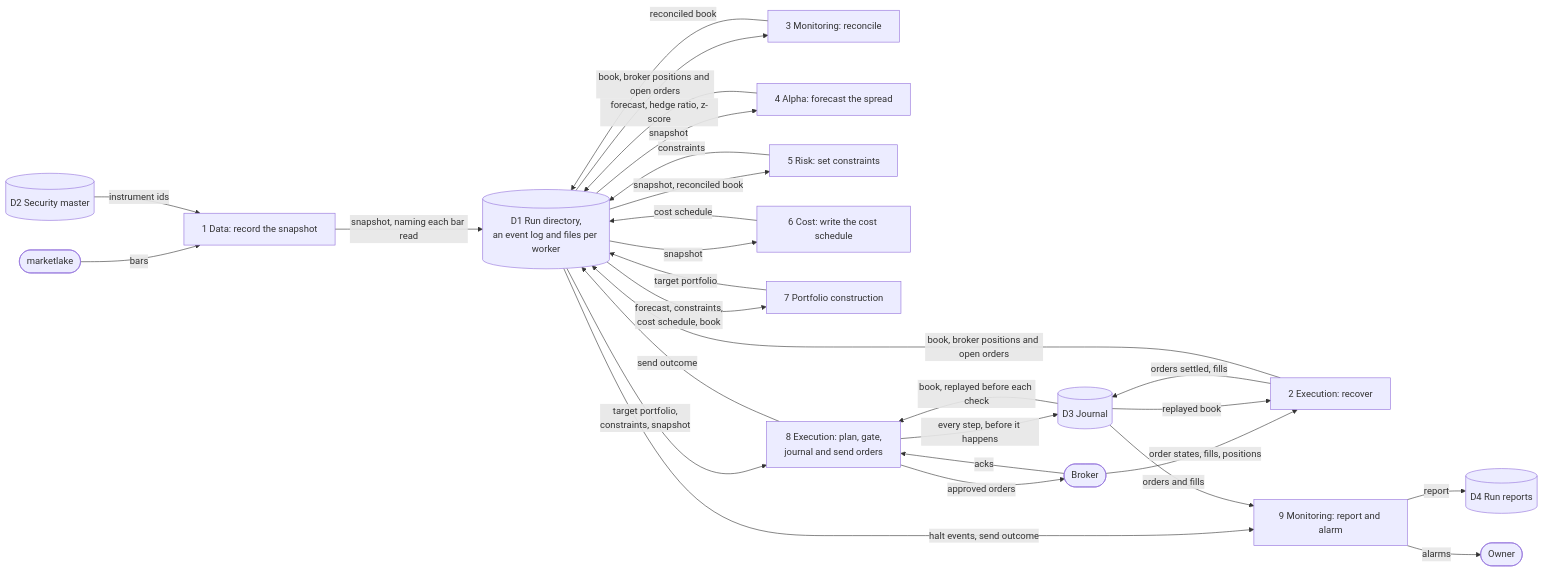
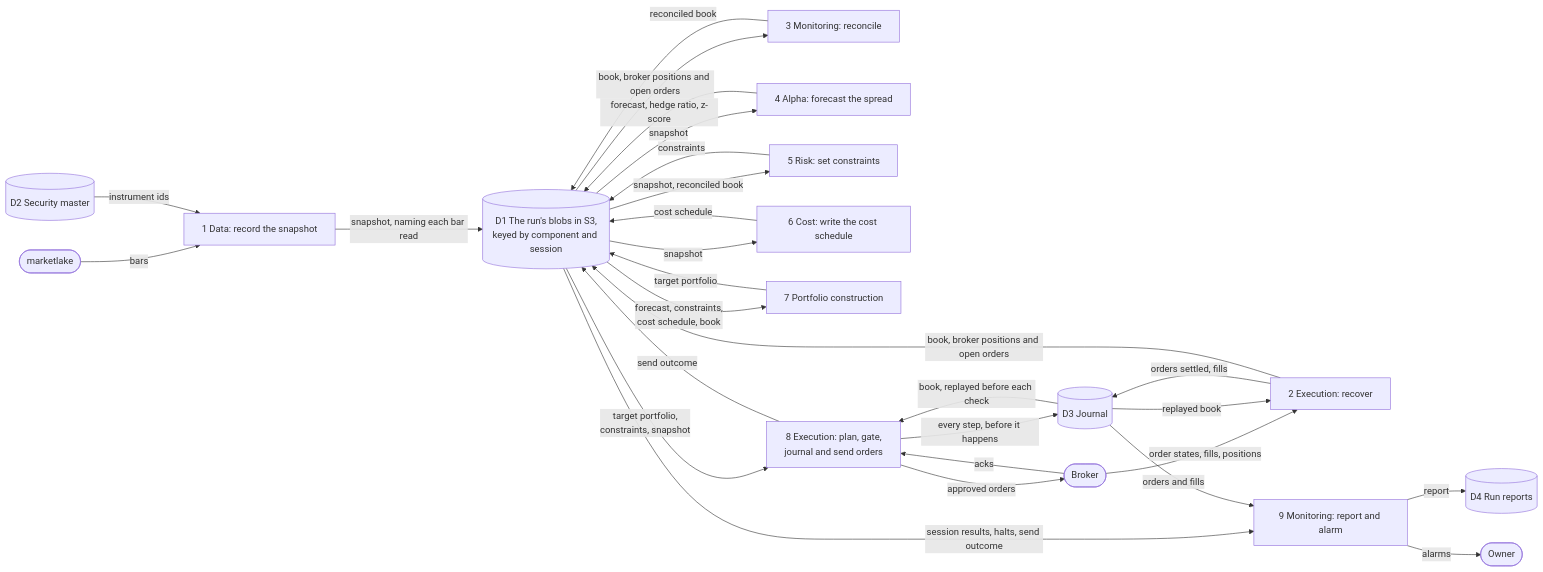
Before and after one commit to l3a0/ithildin-runtime: the third of 16 diagrams in docs/architecture.md, drawn with Mermaid. The commit also changed other lines of this file and 1 other file, not shown here.

````diff
--- a/docs/architecture.md
+++ b/docs/architecture.md
@@ -376,49 +372,49 @@
 ```mermaid
 flowchart LR
     vendor(["marketlake"])
     brokerx(["Broker"])
     ownerx(["Owner"])
 
     p1["1 Data: record the snapshot"]
     p2["2 Execution: recover"]
     p3["3 Monitoring: reconcile"]
     p4["4 Alpha: forecast the spread"]
     p5["5 Risk: set constraints"]
     p6["6 Cost: write the cost schedule"]
     p7["7 Portfolio construction"]
     p8["8 Execution: plan, gate,<br/>journal and send orders"]
     p9["9 Monitoring: report and alarm"]
 
-    d1[("D1 Run directory,<br/>an event log and files per worker")]
+    d1[("D1 The run's blobs in S3,<br/>keyed by component and session")]
     d2[("D2 Security master")]
     d3[("D3 Journal")]
     d4[("D4 Run reports")]
 
     vendor -->|"bars"| p1
     d2 -->|"instrument ids"| p1
     p1 -->|"snapshot, naming each bar read"| d1
     brokerx -->|"order states, fills, positions"| p2
     p2 -->|"orders settled, fills"| d3
     d3 -->|"replayed book"| p2
     p2 -->|"book, broker positions and open orders"| d1
     d1 -->|"book, broker positions and open orders"| p3
     p3 -->|"reconciled book"| d1
     d1 -->|"snapshot"| p4
     p4 -->|"forecast, hedge ratio, z-score"| d1
     d1 -->|"snapshot, reconciled book"| p5
     p5 -->|"constraints"| d1
     d1 -->|"snapshot"| p6
     p6 -->|"cost schedule"| d1
     d1 -->|"forecast, constraints,<br/>cost schedule, book"| p7
     p7 -->|"target portfolio"| d1
     d1 -->|"target portfolio,<br/>constraints, snapshot"| p8
     d3 -->|"book, replayed before each check"| p8
     p8 -->|"every step, before it happens"| d3
     p8 -->|"approved orders"| brokerx
     brokerx -->|"acks"| p8
     p8 -->|"send outcome"| d1
-    d1 -->|"halt events, send outcome"| p9
+    d1 -->|"session results, halts, send outcome"| p9
     d3 -->|"orders and fills"| p9
     p9 -->|"report"| d4
     p9 -->|"alarms"| ownerx
 ```
````
